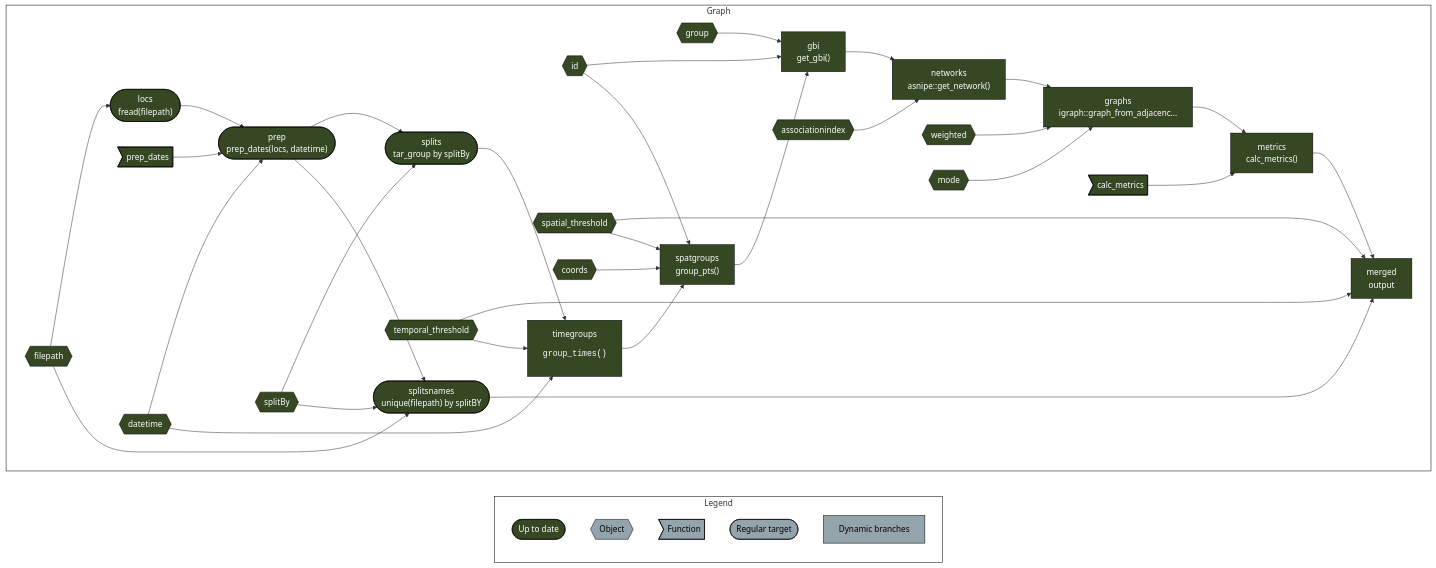
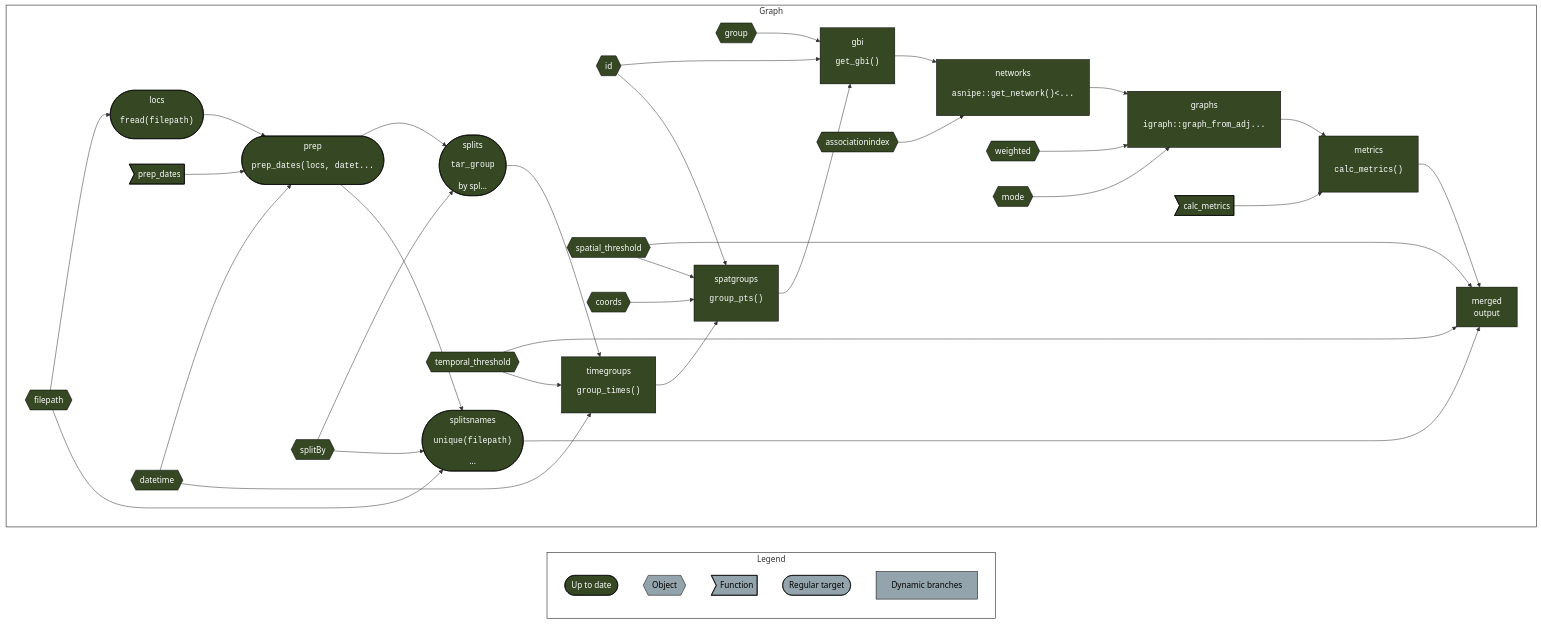
Before and after one commit to robitalec/targets-spatsoc-networks: the diagram in README.md, drawn with Mermaid. The commit also changed 1 other file, not shown here.

Commit message:
more pre

````diff
--- a/README.md
+++ b/README.md
@@ -10,48 +10,48 @@
 ``` mermaid
 graph LR
   style Legend fill:#FFFFFF00,stroke:#000000;
   style Graph fill:#FFFFFF00,stroke:#000000;
   subgraph Legend
     xf1522833a4d242c5(["Up to date"]):::uptodate
     xbecb13963f49e50b{{"Object"}}:::none
     xeb2d7cac8a1ce544>"Function"]:::none
     xd03d7c7dd2ddda2b(["Regular target"]):::none
     x6f7e04ea3427f824["Dynamic branches"]:::none
   end
   subgraph Graph
     direction LR
-    xfeaff7c1bc5fe2e5{{"group"}}:::uptodate --> x8b0c676d7240242a["gbi<br>get_gbi()"]:::uptodate
-    xc25194a2e4c760d5{{"id"}}:::uptodate --> x8b0c676d7240242a["gbi<br>get_gbi()"]:::uptodate
-    xdf10c21b92224150["spatgroups<br>group_pts()"]:::uptodate --> x8b0c676d7240242a["gbi<br>get_gbi()"]:::uptodate
-    xc389638817199bf0["networks<br>asnipe::get_network()"]:::uptodate --> x2db02d438e6d5e6f["graphs<br>igraph::graph_from_adjacenc..."]:::uptodate
-    x7ceaaf778822044f{{"weighted"}}:::uptodate --> x2db02d438e6d5e6f["graphs<br>igraph::graph_from_adjacenc..."]:::uptodate
-    x8568773019f89f54{{"mode"}}:::uptodate --> x2db02d438e6d5e6f["graphs<br>igraph::graph_from_adjacenc..."]:::uptodate
-    x251c0fecf340765b{{"filepath"}}:::uptodate --> x5d49490da5202c91(["locs<br>fread(filepath)"]):::uptodate
-    x544e14c8fac2c5b0["metrics<br>calc_metrics()"]:::uptodate --> x0babe2584c9010e0["merged<br>output"]:::uptodate
+    xfeaff7c1bc5fe2e5{{"group"}}:::uptodate --> x8b0c676d7240242a["gbi<br><pre>get_gbi()</pre>"]:::uptodate
+    xc25194a2e4c760d5{{"id"}}:::uptodate --> x8b0c676d7240242a["gbi<br><pre>get_gbi()</pre>"]:::uptodate
+    xdf10c21b92224150["spatgroups<br><pre>group_pts()</pre>"]:::uptodate --> x8b0c676d7240242a["gbi<br><pre>get_gbi()</pre>"]:::uptodate
+    xc389638817199bf0["networks<br><pre>asnipe::get_network()<..."]:::uptodate --> x2db02d438e6d5e6f["graphs<br><pre>igraph::graph_from_adj..."]:::uptodate
+    x7ceaaf778822044f{{"weighted"}}:::uptodate --> x2db02d438e6d5e6f["graphs<br><pre>igraph::graph_from_adj..."]:::uptodate
+    x8568773019f89f54{{"mode"}}:::uptodate --> x2db02d438e6d5e6f["graphs<br><pre>igraph::graph_from_adj..."]:::uptodate
+    x251c0fecf340765b{{"filepath"}}:::uptodate --> x5d49490da5202c91(["locs<br><pre>fread(filepath)</pre>"]):::uptodate
+    x544e14c8fac2c5b0["metrics<br><pre>calc_metrics()</pre>"]:::uptodate --> x0babe2584c9010e0["merged<br>output"]:::uptodate
     x86be964788bf0a62{{"spatial_threshold"}}:::uptodate --> x0babe2584c9010e0["merged<br>output"]:::uptodate
-    xe5f9f129783c9289(["splitsnames<br>unique(filepath) by splitBY"]):::uptodate --> x0babe2584c9010e0["merged<br>output"]:::uptodate
+    xe5f9f129783c9289(["splitsnames<br><pre>unique(filepath)</pre>..."]):::uptodate --> x0babe2584c9010e0["merged<br>output"]:::uptodate
     x7691bca923fa768d{{"temporal_threshold"}}:::uptodate --> x0babe2584c9010e0["merged<br>output"]:::uptodate
-    x6f3a445de245bc35>"calc_metrics"]:::uptodate --> x544e14c8fac2c5b0["metrics<br>calc_metrics()"]:::uptodate
-    x2db02d438e6d5e6f["graphs<br>igraph::graph_from_adjacenc..."]:::uptodate --> x544e14c8fac2c5b0["metrics<br>calc_metrics()"]:::uptodate
-    xc46e1ab6af5c8492{{"associationindex"}}:::uptodate --> xc389638817199bf0["networks<br>asnipe::get_network()"]:::uptodate
-    x8b0c676d7240242a["gbi<br>get_gbi()"]:::uptodate --> xc389638817199bf0["networks<br>asnipe::get_network()"]:::uptodate
-    xd135a9eb46727432>"prep_dates"]:::uptodate --> x3906e3b7b61cde90(["prep<br>prep_dates(locs, datetime)"]):::uptodate
-    xe1070fbd6d46a47b{{"datetime"}}:::uptodate --> x3906e3b7b61cde90(["prep<br>prep_dates(locs, datetime)"]):::uptodate
-    x5d49490da5202c91(["locs<br>fread(filepath)"]):::uptodate --> x3906e3b7b61cde90(["prep<br>prep_dates(locs, datetime)"]):::uptodate
-    xbd740468b493bf05{{"coords"}}:::uptodate --> xdf10c21b92224150["spatgroups<br>group_pts()"]:::uptodate
-    xc25194a2e4c760d5{{"id"}}:::uptodate --> xdf10c21b92224150["spatgroups<br>group_pts()"]:::uptodate
-    x86be964788bf0a62{{"spatial_threshold"}}:::uptodate --> xdf10c21b92224150["spatgroups<br>group_pts()"]:::uptodate
-    xc119b121c4bf638e["timegroups<br><pre>group_times()</pre>"]:::uptodate --> xdf10c21b92224150["spatgroups<br>group_pts()"]:::uptodate
-    x6fa178f2283ab5b1{{"splitBy"}}:::uptodate --> xf94084fe2fb21595(["splits<br>tar_group by splitBy"]):::uptodate
-    x3906e3b7b61cde90(["prep<br>prep_dates(locs, datetime)"]):::uptodate --> xf94084fe2fb21595(["splits<br>tar_group by splitBy"]):::uptodate
-    x251c0fecf340765b{{"filepath"}}:::uptodate --> xe5f9f129783c9289(["splitsnames<br>unique(filepath) by splitBY"]):::uptodate
-    x6fa178f2283ab5b1{{"splitBy"}}:::uptodate --> xe5f9f129783c9289(["splitsnames<br>unique(filepath) by splitBY"]):::uptodate
-    x3906e3b7b61cde90(["prep<br>prep_dates(locs, datetime)"]):::uptodate --> xe5f9f129783c9289(["splitsnames<br>unique(filepath) by splitBY"]):::uptodate
+    x6f3a445de245bc35>"calc_metrics"]:::uptodate --> x544e14c8fac2c5b0["metrics<br><pre>calc_metrics()</pre>"]:::uptodate
+    x2db02d438e6d5e6f["graphs<br><pre>igraph::graph_from_adj..."]:::uptodate --> x544e14c8fac2c5b0["metrics<br><pre>calc_metrics()</pre>"]:::uptodate
+    xc46e1ab6af5c8492{{"associationindex"}}:::uptodate --> xc389638817199bf0["networks<br><pre>asnipe::get_network()<..."]:::uptodate
+    x8b0c676d7240242a["gbi<br><pre>get_gbi()</pre>"]:::uptodate --> xc389638817199bf0["networks<br><pre>asnipe::get_network()<..."]:::uptodate
+    xd135a9eb46727432>"prep_dates"]:::uptodate --> x3906e3b7b61cde90(["prep<br><pre>prep_dates(locs, datet..."]):::uptodate
+    xe1070fbd6d46a47b{{"datetime"}}:::uptodate --> x3906e3b7b61cde90(["prep<br><pre>prep_dates(locs, datet..."]):::uptodate
+    x5d49490da5202c91(["locs<br><pre>fread(filepath)</pre>"]):::uptodate --> x3906e3b7b61cde90(["prep<br><pre>prep_dates(locs, datet..."]):::uptodate
+    xbd740468b493bf05{{"coords"}}:::uptodate --> xdf10c21b92224150["spatgroups<br><pre>group_pts()</pre>"]:::uptodate
+    xc25194a2e4c760d5{{"id"}}:::uptodate --> xdf10c21b92224150["spatgroups<br><pre>group_pts()</pre>"]:::uptodate
+    x86be964788bf0a62{{"spatial_threshold"}}:::uptodate --> xdf10c21b92224150["spatgroups<br><pre>group_pts()</pre>"]:::uptodate
+    xc119b121c4bf638e["timegroups<br><pre>group_times()</pre>"]:::uptodate --> xdf10c21b92224150["spatgroups<br><pre>group_pts()</pre>"]:::uptodate
+    x6fa178f2283ab5b1{{"splitBy"}}:::uptodate --> xf94084fe2fb21595(["splits<br><pre>tar_group</pre> by spl..."]):::uptodate
+    x3906e3b7b61cde90(["prep<br><pre>prep_dates(locs, datet..."]):::uptodate --> xf94084fe2fb21595(["splits<br><pre>tar_group</pre> by spl..."]):::uptodate
+    x251c0fecf340765b{{"filepath"}}:::uptodate --> xe5f9f129783c9289(["splitsnames<br><pre>unique(filepath)</pre>..."]):::uptodate
+    x6fa178f2283ab5b1{{"splitBy"}}:::uptodate --> xe5f9f129783c9289(["splitsnames<br><pre>unique(filepath)</pre>..."]):::uptodate
+    x3906e3b7b61cde90(["prep<br><pre>prep_dates(locs, datet..."]):::uptodate --> xe5f9f129783c9289(["splitsnames<br><pre>unique(filepath)</pre>..."]):::uptodate
     xe1070fbd6d46a47b{{"datetime"}}:::uptodate --> xc119b121c4bf638e["timegroups<br><pre>group_times()</pre>"]:::uptodate
     x7691bca923fa768d{{"temporal_threshold"}}:::uptodate --> xc119b121c4bf638e["timegroups<br><pre>group_times()</pre>"]:::uptodate
-    xf94084fe2fb21595(["splits<br>tar_group by splitBy"]):::uptodate --> xc119b121c4bf638e["timegroups<br><pre>group_times()</pre>"]:::uptodate
+    xf94084fe2fb21595(["splits<br><pre>tar_group</pre> by spl..."]):::uptodate --> xc119b121c4bf638e["timegroups<br><pre>group_times()</pre>"]:::uptodate
     
   end
   classDef uptodate stroke:#000000,color:#ffffff,fill:#354823;
   classDef none stroke:#000000,color:#000000,fill:#94a4ac;
 ```
````
